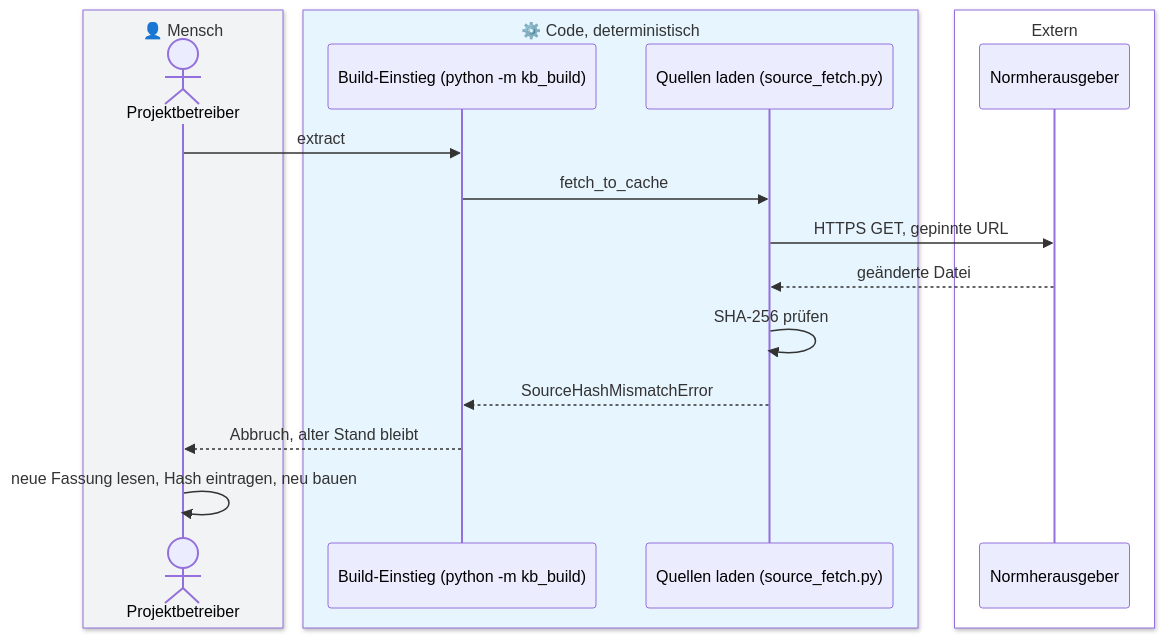
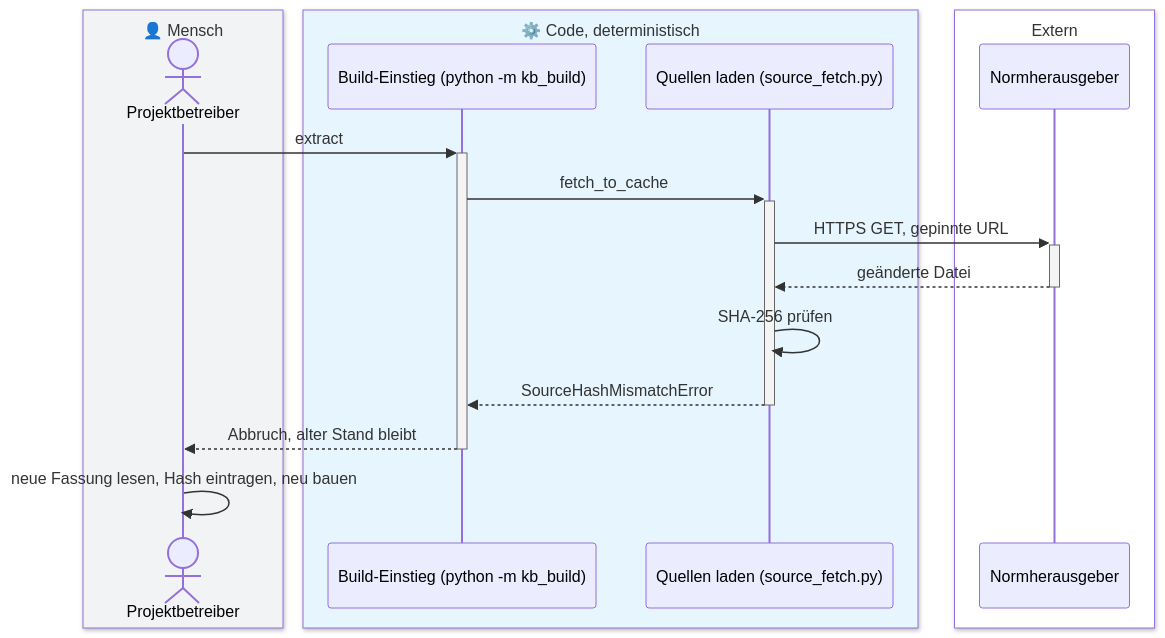
One commit to Daniel74/GovGuard changed diagram 19 of 25 in docs/ARCHITECTURE.md. Above: the diagram before and after it, drawn with Mermaid. The commit also changed other lines of this file and 8 other files, not shown here.

Commit message:
#73 Architecture - second version

````diff
--- a/docs/ARCHITECTURE.md
+++ b/docs/ARCHITECTURE.md
@@ -1434,21 +1957,21 @@
 ```mermaid
 sequenceDiagram
   box rgb(241,243,245) 👤 Mensch
     actor B as Projektbetreiber
   end
   box rgb(231,245,255) ⚙️ Code, deterministisch
     participant K as Build-Einstieg (python -m kb_build)
     participant F as Quellen laden (source_fetch.py)
   end
   box rgb(255,255,255) Extern
     participant N as Normherausgeber
   end
-  B->>K: extract
-  K->>F: fetch_to_cache
-  F->>N: HTTPS GET, gepinnte URL
-  N-->>F: geänderte Datei
+  B->>+K: extract
+  K->>+F: fetch_to_cache
+  F->>+N: HTTPS GET, gepinnte URL
+  N-->>-F: geänderte Datei
   F->>F: SHA-256 prüfen
-  F-->>K: SourceHashMismatchError
-  K-->>B: Abbruch, alter Stand bleibt
+  F-->>-K: SourceHashMismatchError
+  K-->>-B: Abbruch, alter Stand bleibt
   B->>B: neue Fassung lesen, Hash eintragen, neu bauen
 ```
````
